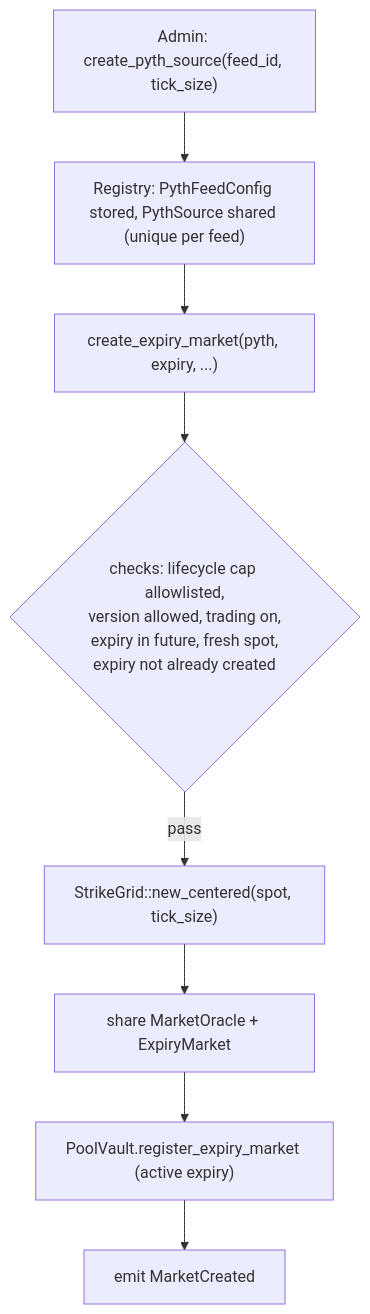
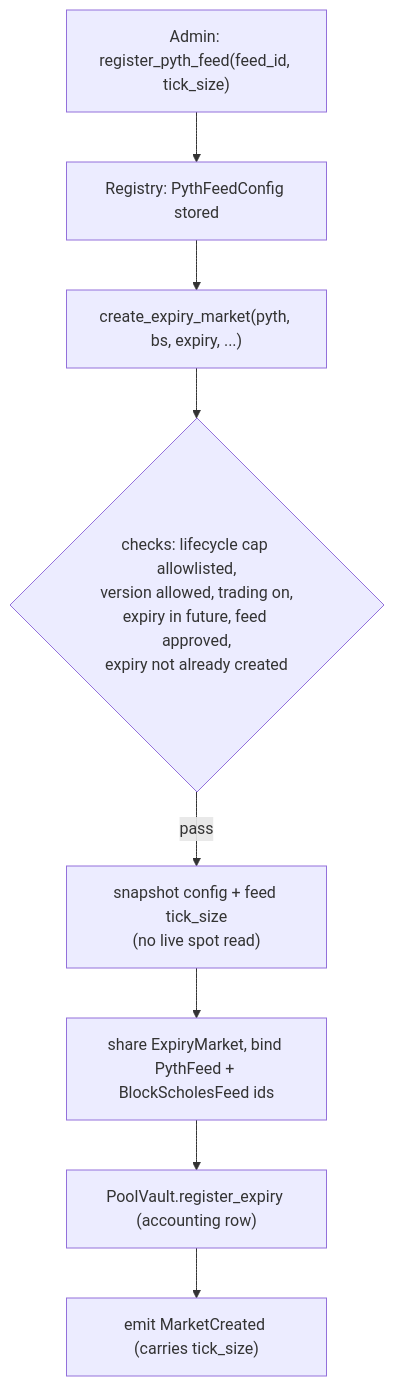
The first of 2 diagrams in packages/predict/docs/concepts/markets-and-positions.md (MystenLabs/deepbookv3), drawn with Mermaid before and after one commit. The commit also changed other lines of this file and 16 other files, not shown here.

````diff
--- a/packages/predict/docs/concepts/markets-and-positions.md
+++ b/packages/predict/docs/concepts/markets-and-positions.md
@@ -29,10 +25,10 @@
 ```mermaid
 flowchart TD
-  A["Admin: create_pyth_source(feed_id, tick_size)"] --> B["Registry: PythFeedConfig stored, PythSource shared (unique per feed)"]
-  B --> C["create_expiry_market(pyth, expiry, ...)"]
-  C --> D{"checks: lifecycle cap allowlisted,<br/>version allowed, trading on,<br/>expiry in future, fresh spot,<br/>expiry not already created"}
-  D -->|pass| E["StrikeGrid::new_centered(spot, tick_size)"]
-  E --> F["share MarketOracle + ExpiryMarket"]
-  F --> G["PoolVault.register_expiry_market (active expiry)"]
-  G --> H["emit MarketCreated"]
+  A["Admin: register_pyth_feed(feed_id, tick_size)"] --> B["Registry: PythFeedConfig stored"]
+  B --> C["create_expiry_market(pyth, bs, expiry, ...)"]
+  C --> D{"checks: lifecycle cap allowlisted,<br/>version allowed, trading on,<br/>expiry in future, feed approved,<br/>expiry not already created"}
+  D -->|pass| E["snapshot config + feed tick_size<br/>(no live spot read)"]
+  E --> F["share ExpiryMarket, bind PythFeed + BlockScholesFeed ids"]
+  F --> G["PoolVault.register_expiry (accounting row)"]
+  G --> H["emit MarketCreated (carries tick_size)"]
 ```
````
